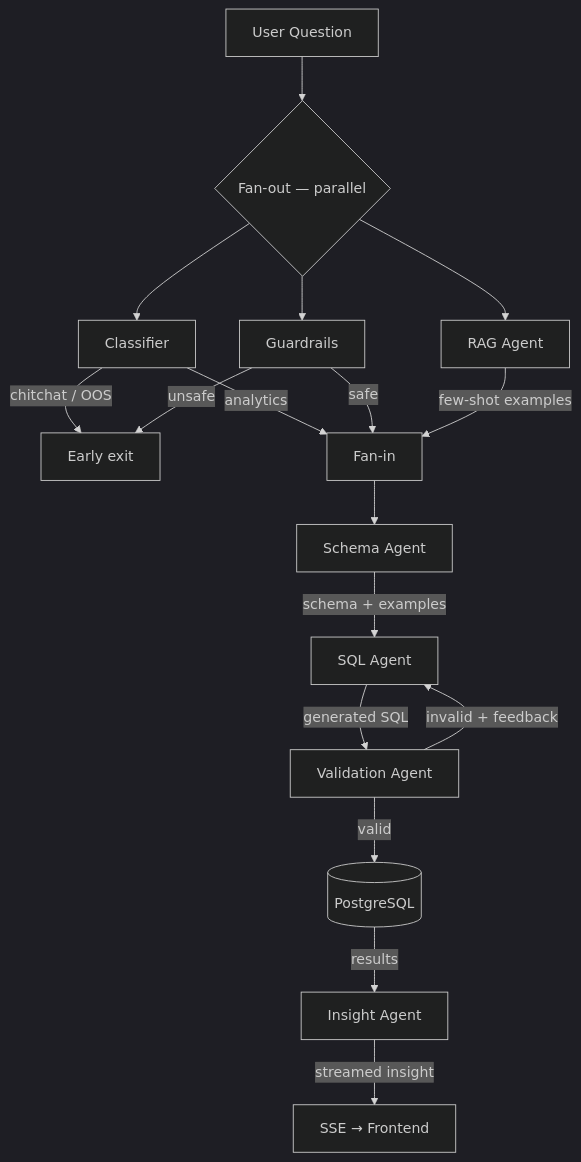
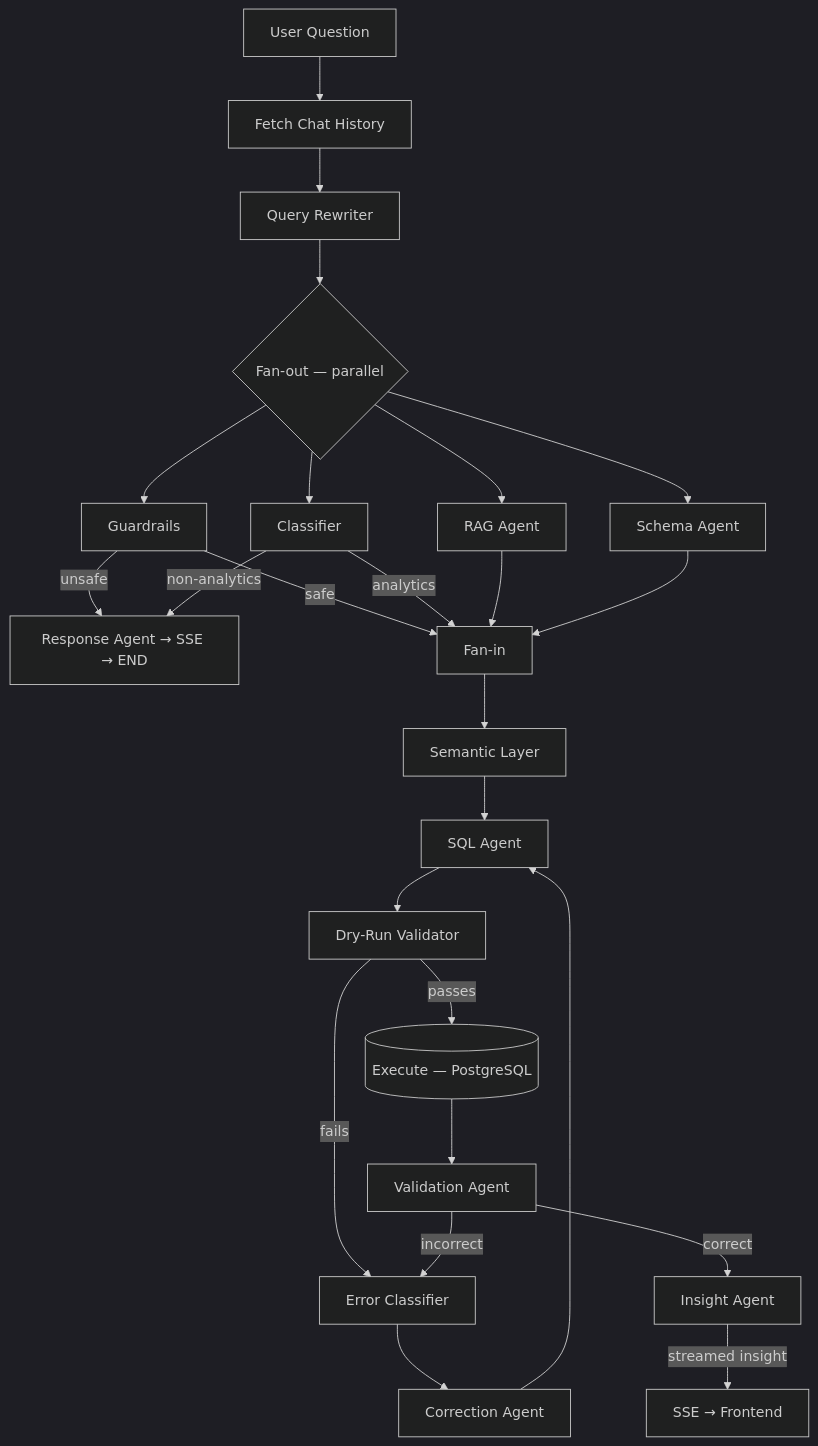
The diagram in portal/backend/agents/README.md (vignesh-deva/generative-bi), drawn with Mermaid (dark theme) before and after one commit. The commit also changed other lines of this file and 11 other files, not shown here.

````diff
--- a/portal/backend/agents/README.md
+++ b/portal/backend/agents/README.md
@@ -24,19 +26,25 @@
 ```mermaid
 flowchart TD
-    Q[User Question] --> FAN{Fan-out — parallel}
+    Q[User Question] --> H[Fetch Chat History]
+    H --> RW[Query Rewriter]
+    RW --> FAN{Fan-out — parallel}
+    FAN --> G[Guardrails]
     FAN --> C[Classifier]
-    FAN --> G[Guardrails]
     FAN --> R[RAG Agent]
-    C -->|chitchat / OOS| STOP[Early exit]
-    C -->|analytics| MERGE[Fan-in]
-    G -->|safe| MERGE
-    G -->|unsafe| STOP
-    R -->|few-shot examples| MERGE
-    MERGE --> S[Schema Agent]
-    S -->|schema + examples| SQL[SQL Agent]
-    SQL -->|generated SQL| V[Validation Agent]
-    V -->|valid| DB[(PostgreSQL)]
-    V -->|invalid + feedback| SQL
-    DB -->|results| I[Insight Agent]
-    I -->|streamed insight| SSE[SSE → Frontend]
+    FAN --> S[Schema Agent]
+    G -->|unsafe| EXIT[Response Agent → SSE → END]
+    C -->|non-analytics| EXIT
+    G -->|safe| MERGE[Fan-in]
+    C -->|analytics| MERGE
+    R --> MERGE
+    S --> MERGE
+    MERGE --> SEM[Semantic Layer]
+    SEM --> SQL[SQL Agent]
+    SQL --> DRY[Dry-Run Validator]
+    DRY -->|fails| EC[Error Classifier] --> CA[Correction Agent] --> SQL
+    DRY -->|passes| EXEC[(Execute — PostgreSQL)]
+    EXEC --> VA[Validation Agent]
+    VA -->|incorrect| EC
+    VA -->|correct| INS[Insight Agent]
+    INS -->|streamed insight| SSE[SSE → Frontend]
 ```
````
